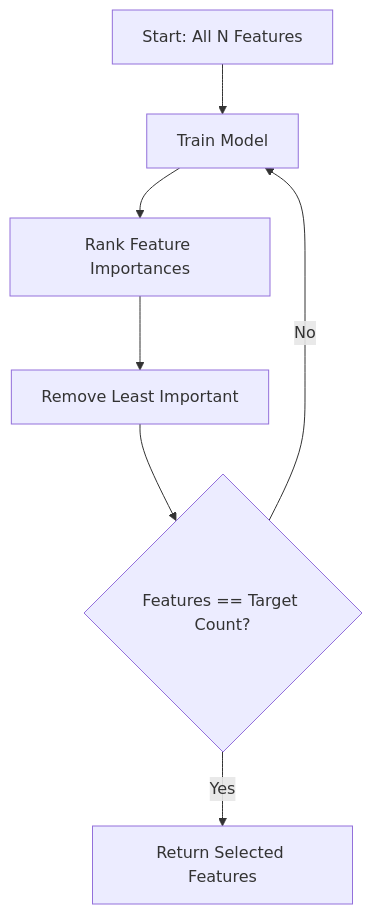
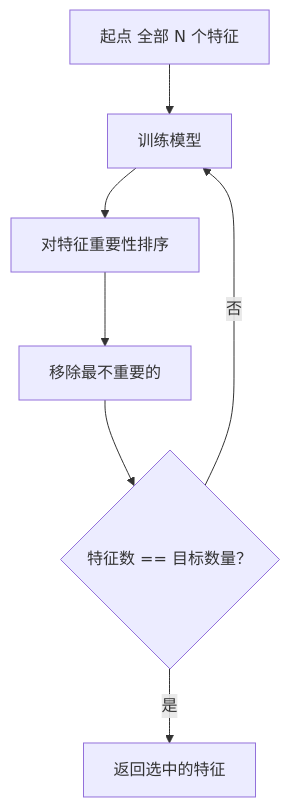
The third of 4 diagrams in phases/02-ml-fundamentals/18-feature-selection/docs/zh.md (JerryC8080/ai-engineering-from-scratch-zh), drawn with Mermaid before and after one commit. The commit also changed other lines of this file and 156 other files, not shown here.

First line of the commit message:
i18n(zh): translate mermaid diagram labels in 157 lesson zh.md

````diff
--- a/phases/02-ml-fundamentals/18-feature-selection/docs/zh.md
+++ b/phases/02-ml-fundamentals/18-feature-selection/docs/zh.md
@@ -109,9 +109,9 @@
 ```mermaid
 flowchart TD
-    A["Start: All N Features"] --> B["Train Model"]
-    B --> C["Rank Feature Importances"]
-    C --> D["Remove Least Important"]
-    D --> E{"Features == Target Count?"}
-    E -->|No| B
-    E -->|Yes| F["Return Selected Features"]
+    A["起点 全部 N 个特征"] --> B["训练模型"]
+    B --> C["对特征重要性排序"]
+    C --> D["移除最不重要的"]
+    D --> E{"特征数 == 目标数量？"}
+    E -->|否| B
+    E -->|是| F["返回选中的特征"]
 ```
````
